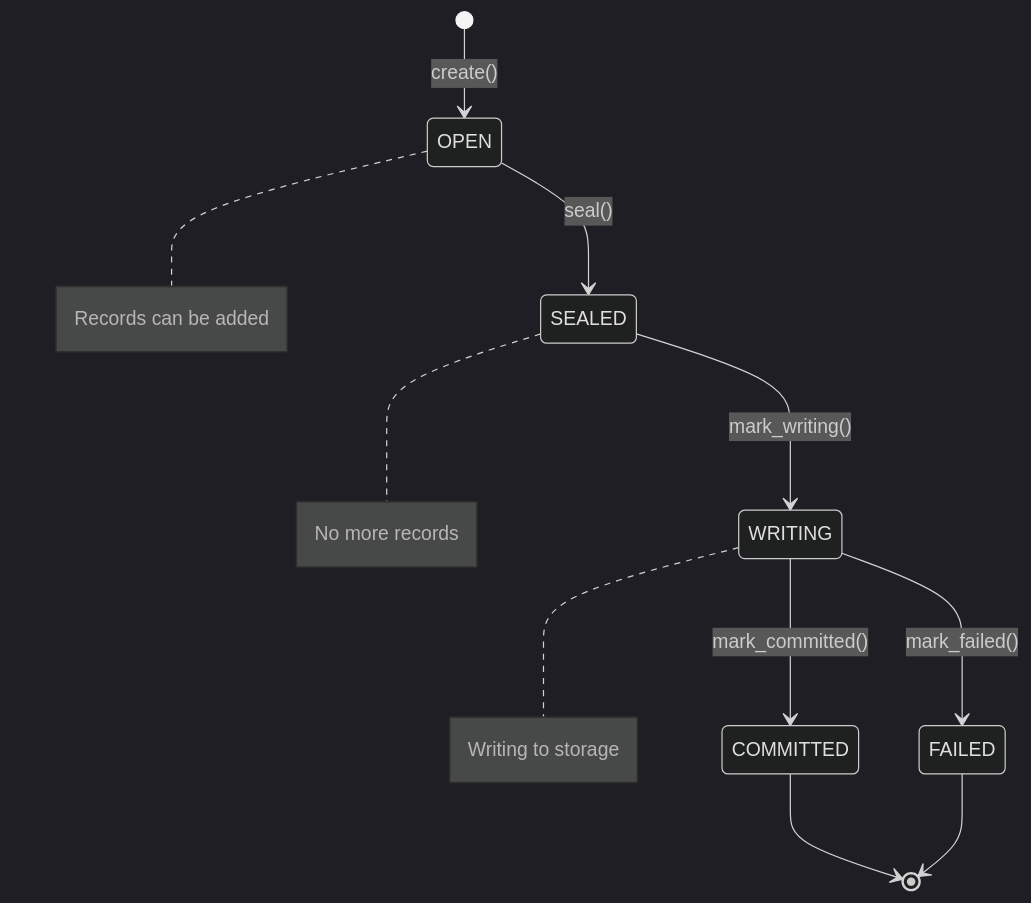
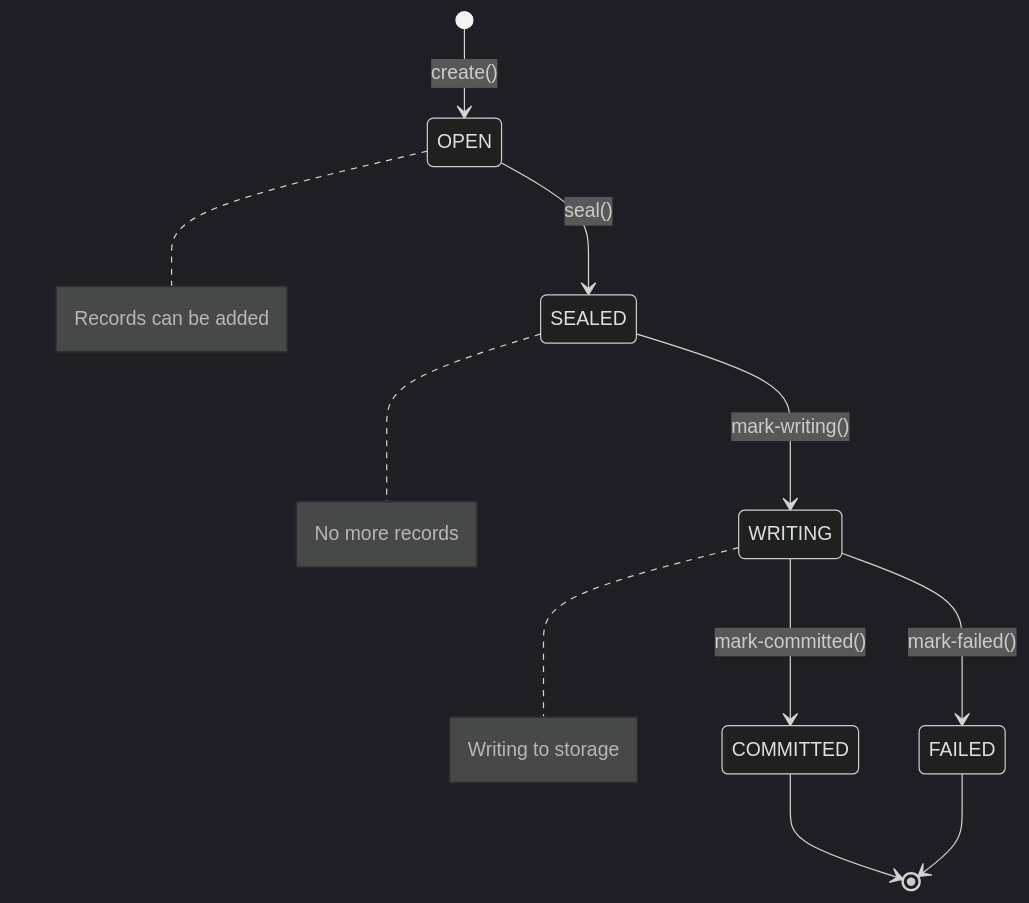
Before and after one commit to SatoryKono/BioactivityDataAcquisition: the eighth of 9 diagrams in docs/02-architecture/diagrams.md, drawn with Mermaid (dark theme). The commit also changed other lines of this file and 311 other files, not shown here.

````diff
--- a/docs/02-architecture/diagrams.md
+++ b/docs/02-architecture/diagrams.md
@@ -294,14 +294,14 @@
 ```mermaid
 stateDiagram-v2
     [*] --> OPEN: create()
     OPEN --> SEALED: seal()
-    SEALED --> WRITING: mark_writing()
-    WRITING --> COMMITTED: mark_committed()
-    WRITING --> FAILED: mark_failed()
+    SEALED --> WRITING: mark-writing()
+    WRITING --> COMMITTED: mark-committed()
+    WRITING --> FAILED: mark-failed()
     COMMITTED --> [*]
     FAILED --> [*]
 
     note right of OPEN : Records can be added
     note right of SEALED : No more records
     note right of WRITING : Writing to storage
 ```
````
